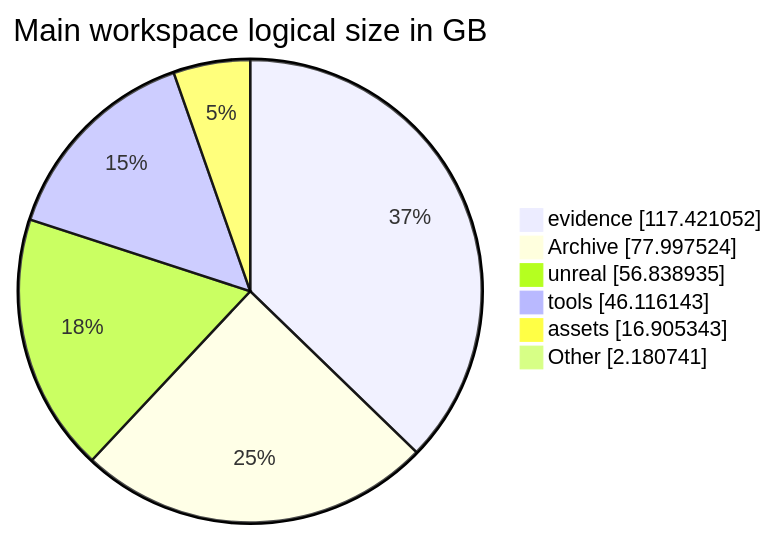
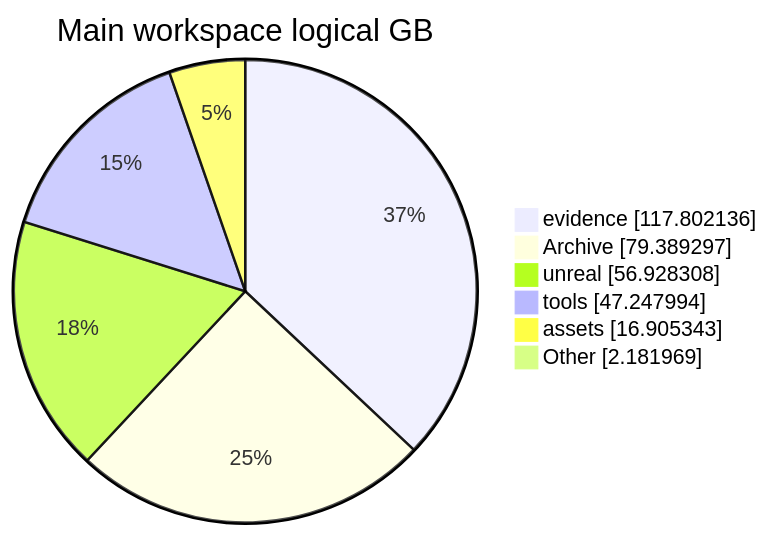
Before and after one commit to CA-The-destroyer/G-Ash_Road_ep1: the diagram in docs/status/README.md, drawn with Mermaid. The commit also changed other lines of this file and 14 other files, not shown here.

Commit message:
docs: refresh measured stats, Journey44 summary and development flow

````diff
--- a/docs/status/README.md
+++ b/docs/status/README.md
@@ -126,10 +118,10 @@
 ```mermaid
 pie showData
-    title Main workspace logical size in GB
-    "evidence" : 117.421052
-    "Archive" : 77.997524
-    "unreal" : 56.838935
-    "tools" : 46.116143
+    title Main workspace logical GB
+    "evidence" : 117.802136
+    "Archive" : 79.389297
+    "unreal" : 56.928308
+    "tools" : 47.247994
     "assets" : 16.905343
-    "Other" : 2.180741
+    "Other" : 2.181969
 ```
````
